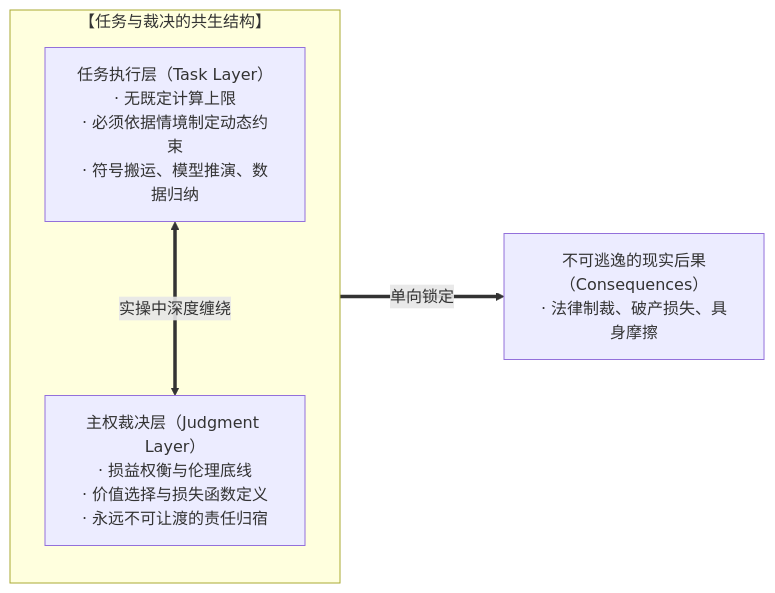
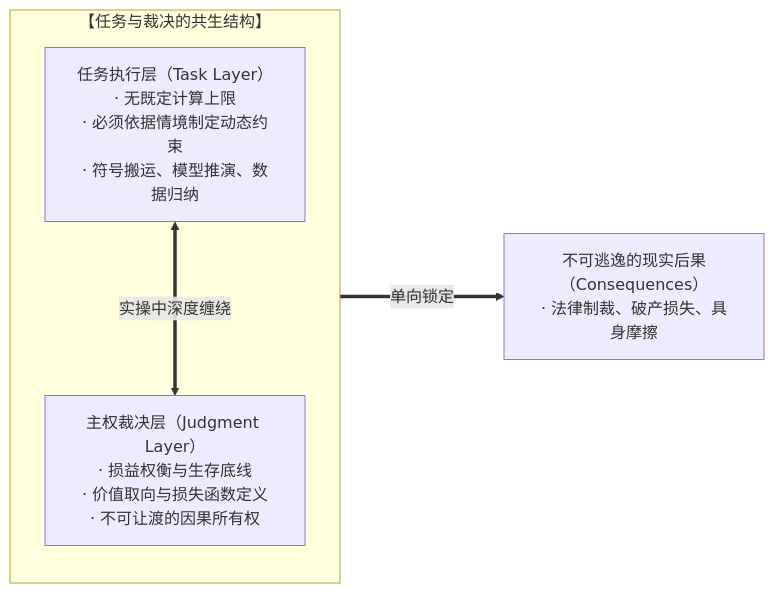
The second of 11 diagrams in content/posts/the-delegation-of-the-task-and-the-inalienability-of-consequences.md (powerpig99/not-a-toe), drawn with Mermaid before and after one commit. The commit also changed other lines of this file and 4 other files, not shown here.

````diff
--- a/content/posts/the-delegation-of-the-task-and-the-inalienability-of-consequences.md
+++ b/content/posts/the-delegation-of-the-task-and-the-inalienability-of-consequences.md
@@ -49,10 +49,10 @@
 ```mermaid
 graph LR
     subgraph Delegation_Reality["【任务与裁决的共生结构】"]
         direction TB
         T["任务执行层（Task Layer）<br/>· 无既定计算上限<br/>· 必须依据情境制定动态约束<br/>· 符号搬运、模型推演、数据归纳"]
-        J["主权裁决层（Judgment Layer）<br/>· 损益权衡与伦理底线<br/>· 价值选择与损失函数定义<br/>· 永远不可让渡的责任归宿"]
+        J["主权裁决层（Judgment Layer）<br/>· 损益权衡与生存底线<br/>· 价值取向与损失函数定义<br/>· 不可让渡的因果所有权"]
         T <===>|"实操中深度缠绕"| J
     end
     J ===>|"单向锁定"| R["不可逃逸的现实后果（Consequences）<br/>· 法律制裁、破产损失、具身摩擦"]
 ```
````
